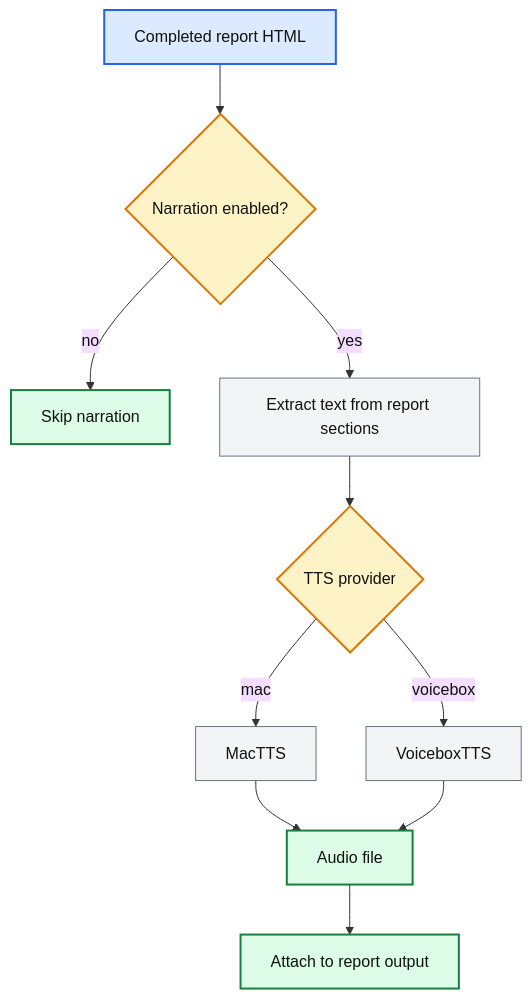
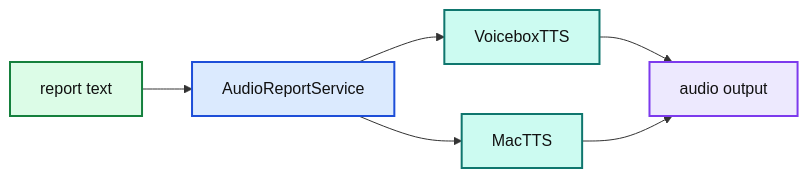
The diagram in docs/diagrams/src/narration_flow.mmd (reshinto/social-research-probe), drawn with Mermaid before and after one commit. The commit also changed 107 other files, not shown here.

```diff
--- a/docs/diagrams/src/narration_flow.mmd
+++ b/docs/diagrams/src/narration_flow.mmd
@@ -1,21 +1,18 @@
 %%{init: {"theme":"base","themeVariables":{"background":"#ffffff","mainBkg":"#ffffff","primaryTextColor":"#111111","lineColor":"#333333","fontFamily":"Arial, sans-serif","clusterBkg":"#ffffff","clusterBorder":"#d0d7de"}}}%%
-flowchart TD
-  Report["Completed report HTML"] --> Check{"Narration enabled?"}
-  Check -- "no" --> Skip["Skip narration"]
-  Check -- "yes" --> Extract["Extract text from report sections"]
-  Extract --> Provider{"TTS provider"}
-  Provider -- "mac" --> Mac["MacTTS"]
-  Provider -- "voicebox" --> VBox["VoiceboxTTS"]
-  Mac --> Audio["Audio file"]
-  VBox --> Audio
-  Audio --> Attach["Attach to report output"]
+flowchart LR
+  Report["report text"] --> AudioService["AudioReportService"] --> Voicebox["VoiceboxTTS"]
+  AudioService --> Mac["MacTTS"]
+  Voicebox --> Audio["audio output"]
+  Mac --> Audio
+  class Report input;
+  class AudioService process;
+  class Voicebox,Mac external;
+  class Audio output;
 
-  classDef input fill:#dbeafe,stroke:#2563eb,color:#111111,stroke-width:2px;
-  classDef decision fill:#fef3c7,stroke:#d97706,color:#111111,stroke-width:2px;
-  classDef process fill:#f3f4f6,stroke:#6b7280,color:#111111,stroke-width:1px;
-  classDef output fill:#dcfce7,stroke:#15803d,color:#111111,stroke-width:2px;
-
-  class Report input
-  class Check,Provider decision
-  class Extract,Mac,VBox process
-  class Skip,Audio,Attach output
+  classDef input fill:#dcfce7,stroke:#15803d,color:#111111,stroke-width:2px;
+  classDef process fill:#dbeafe,stroke:#1d4ed8,color:#111111,stroke-width:2px;
+  classDef analysis fill:#fef3c7,stroke:#d97706,color:#111111,stroke-width:2px;
+  classDef external fill:#ccfbf1,stroke:#0f766e,color:#111111,stroke-width:2px;
+  classDef output fill:#ede9fe,stroke:#7c3aed,color:#111111,stroke-width:2px;
+  classDef config fill:#ffedd5,stroke:#ea580c,color:#111111,stroke-width:2px;
+  classDef risk fill:#fee2e2,stroke:#dc2626,color:#111111,stroke-width:2px;
```
